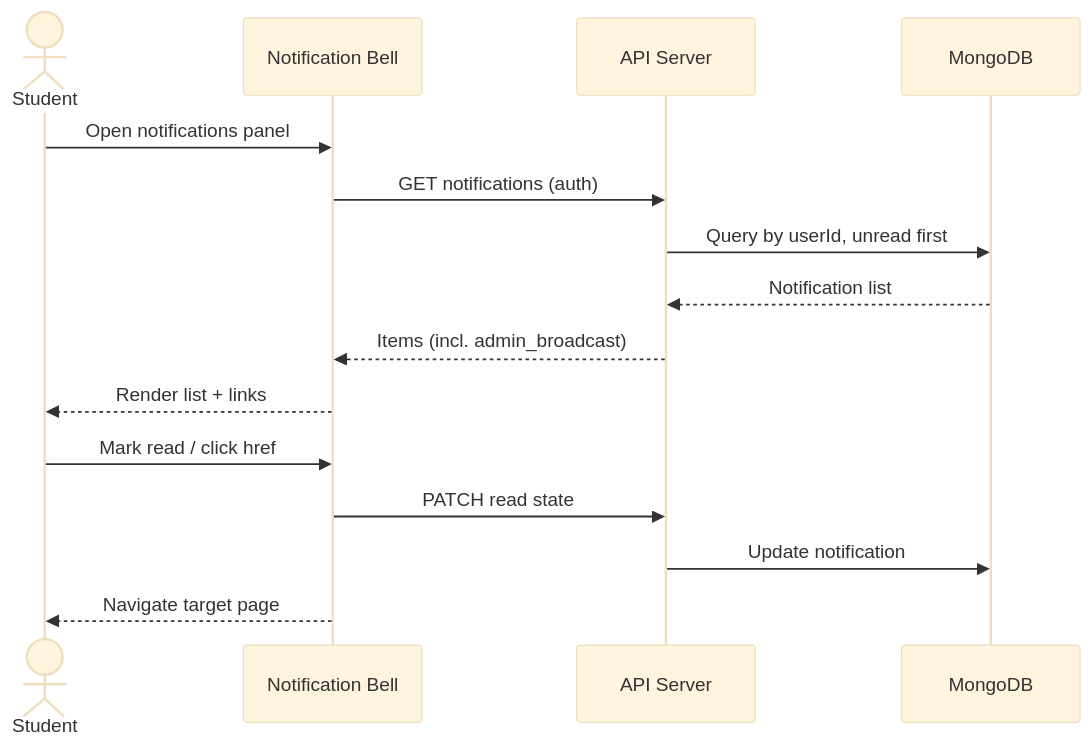
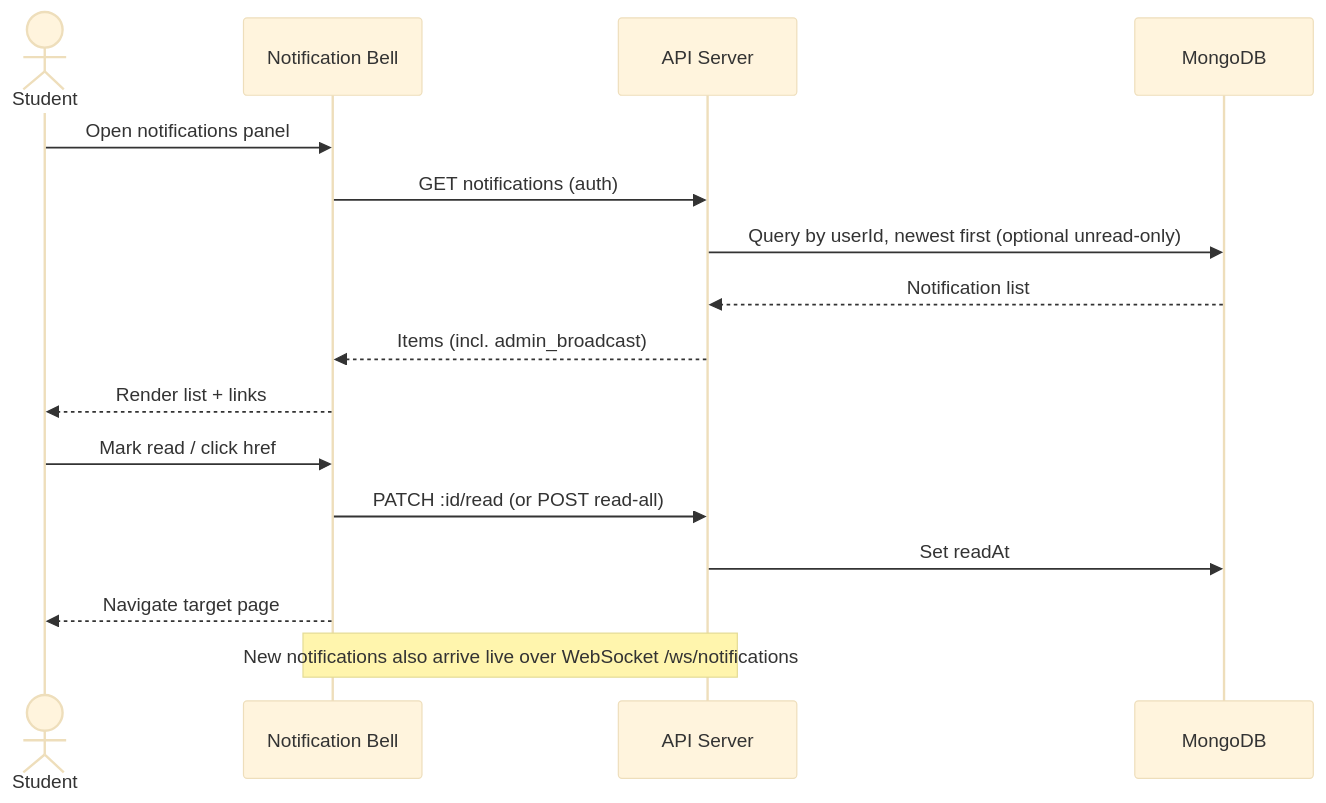
One commit to quangg1/ASTRO_EDU changed the eighth of 18 diagrams in docs/diagrams/sequence-diagrams-supplement.md. Above: the diagram before and after it, drawn with Mermaid (base theme). The commit also changed other lines of this file and 31 other files, not shown here.

First line of the commit message:
docs(diagrams): align use case and sequence diagrams with the code

````diff
--- a/docs/diagrams/sequence-diagrams-supplement.md
+++ b/docs/diagrams/sequence-diagrams-supplement.md
@@ -180,18 +201,19 @@
 ```mermaid
 sequenceDiagram
     actor Student
     participant UI as Notification Bell
     participant API as API Server
     participant DB as MongoDB
 
     Student->>UI: Open notifications panel
     UI->>API: GET notifications (auth)
-    API->>DB: Query by userId, unread first
+    API->>DB: Query by userId, newest first (optional unread-only)
     DB-->>API: Notification list
     API-->>UI: Items (incl. admin_broadcast)
     UI-->>Student: Render list + links
     Student->>UI: Mark read / click href
-    UI->>API: PATCH read state
-    API->>DB: Update notification
+    UI->>API: PATCH :id/read (or POST read-all)
+    API->>DB: Set readAt
     UI-->>Student: Navigate target page
+    Note over UI,API: New notifications also arrive live over WebSocket /ws/notifications
 ```
````
